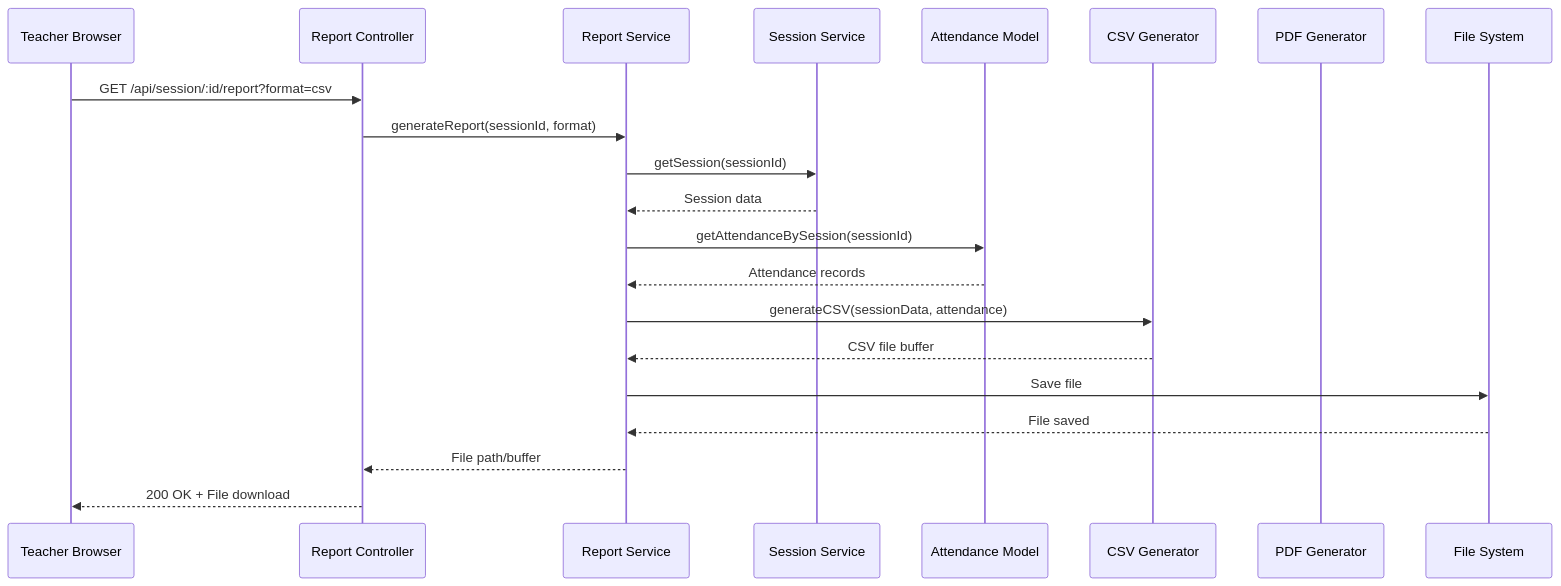
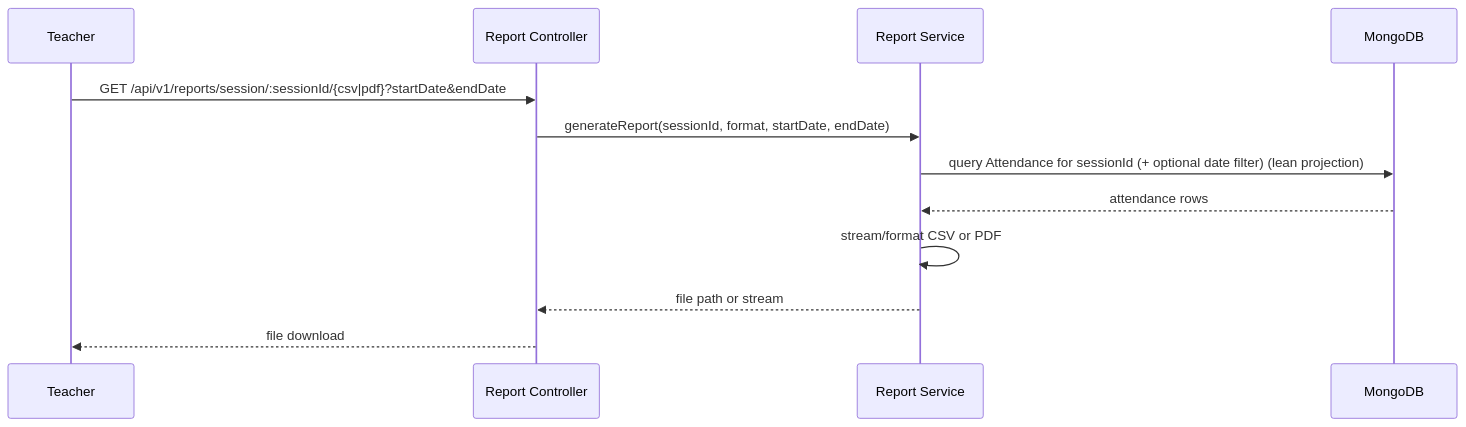
One commit to abhakeemshah/attendRevolution changed the third of 7 diagrams in ARCHITECTURE.md. Above: the diagram before and after it, drawn with Mermaid. The commit also changed other lines of this file and 5 other files, not shown here.

First line of the commit message:
docs: update README, architecture, flowcharts to match current backend

````diff
--- a/ARCHITECTURE.md
+++ b/ARCHITECTURE.md
@@ -378,24 +109,15 @@
 ```mermaid
 sequenceDiagram
-    participant T as Teacher Browser
-    participant C as Report Controller
+    participant T as Teacher
+    participant API as Report Controller
     participant RS as Report Service
-    participant SS as Session Service
-    participant AM as Attendance Model
-    participant CSV as CSV Generator
-    participant PDF as PDF Generator
-    participant FS as File System
-    
-    T->>C: GET /api/session/:id/report?format=csv
-    C->>RS: generateReport(sessionId, format)
-    RS->>SS: getSession(sessionId)
-    SS-->>RS: Session data
-    RS->>AM: getAttendanceBySession(sessionId)
-    AM-->>RS: Attendance records
-    RS->>CSV: generateCSV(sessionData, attendance)
-    CSV-->>RS: CSV file buffer
-    RS->>FS: Save file
-    FS-->>RS: File saved
-    RS-->>C: File path/buffer
-    C-->>T: 200 OK + File download
+    participant DB as MongoDB
+
+    T->>API: GET /api/v1/reports/session/:sessionId/{csv|pdf}?startDate&endDate
+    API->>RS: generateReport(sessionId, format, startDate, endDate)
+    RS->>DB: query Attendance for sessionId (+ optional date filter) (lean projection)
+    DB-->>RS: attendance rows
+    RS->>RS: stream/format CSV or PDF
+    RS-->>API: file path or stream
+    API-->>T: file download
 ```
````
